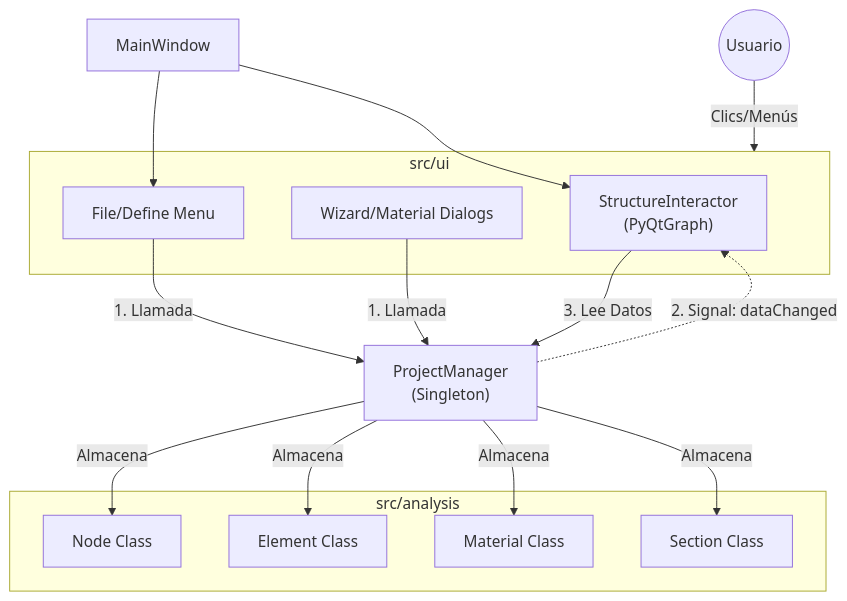
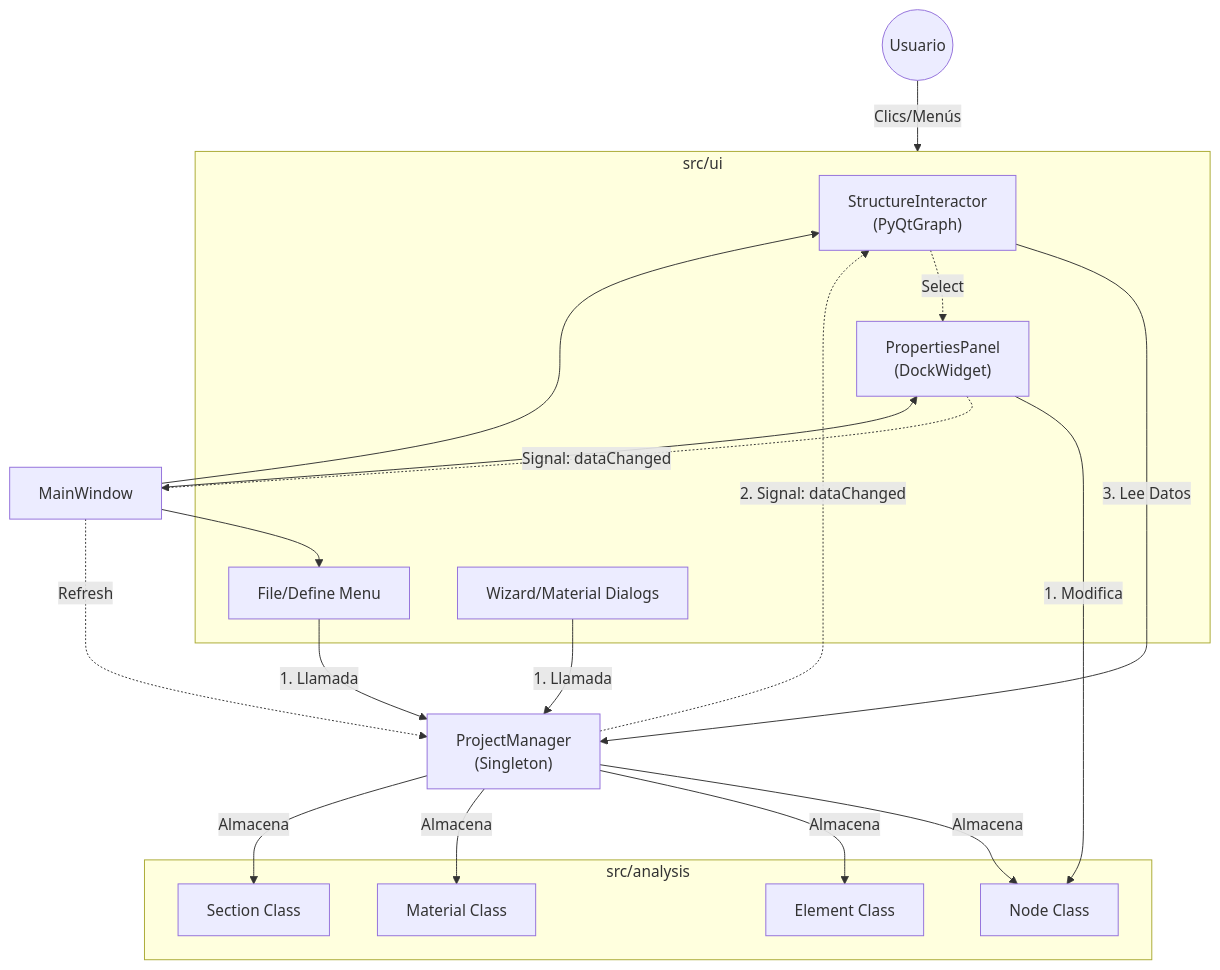
One commit to Scag95/AP-GUI changed the first of 2 diagrams in ARCHITECTURE.md. Above: the diagram before and after it, drawn with Mermaid. The commit also changed other lines of this file and 6 other files, not shown here.

````diff
--- a/ARCHITECTURE.md
+++ b/ARCHITECTURE.md
@@ -11,44 +11,51 @@
 ```mermaid
 graph TD
     %% Nodos Principales
     User((Usuario))
     Main[MainWindow]
     Manager["ProjectManager <br/> (Singleton)"]
     Viz["StructureInteractor <br/> (PyQtGraph)"]
+    Props["PropertiesPanel <br/> (DockWidget)"]
     
     %% Subsistemas UI
     subgraph UI [src/ui]
         Menus[File/Define Menu]
         Dialogs[Wizard/Material Dialogs]
         Viz
+        Props
     end
     
     %% Subsistemas Lógica
     subgraph Analysis [src/analysis]
         Nodes[Node Class]
         Elements[Element Class]
         Mats[Material Class]
         Secs[Section Class]
     end
 
     %% Relaciones
     User -->|Clics/Menús| UI
     
     %% Flujo de Comandos (Flechas Sólidas)
     Menus -->|1. Llamada| Manager
     Dialogs -->|1. Llamada| Manager
+    Props -->|1. Modifica| Nodes
     
     %% Gestión de Datos
     Manager -->|Almacena| Nodes
     Manager -->|Almacena| Elements
     Manager -->|Almacena| Mats
     Manager -->|Almacena| Secs
     
     %% Flujo de Eventos (Flechas Punteadas)
     Manager -.->|2. Signal: dataChanged| Viz
     Viz -->|3. Lee Datos| Manager
+    Viz -.->|Select| Props
+    Props -.->|Signal: dataChanged| Main
+    Main -.->|Refresh| Manager
 
     %% Dependencias
     Main --> Menus
     Main --> Viz
+    Main --> Props
 ```
````
